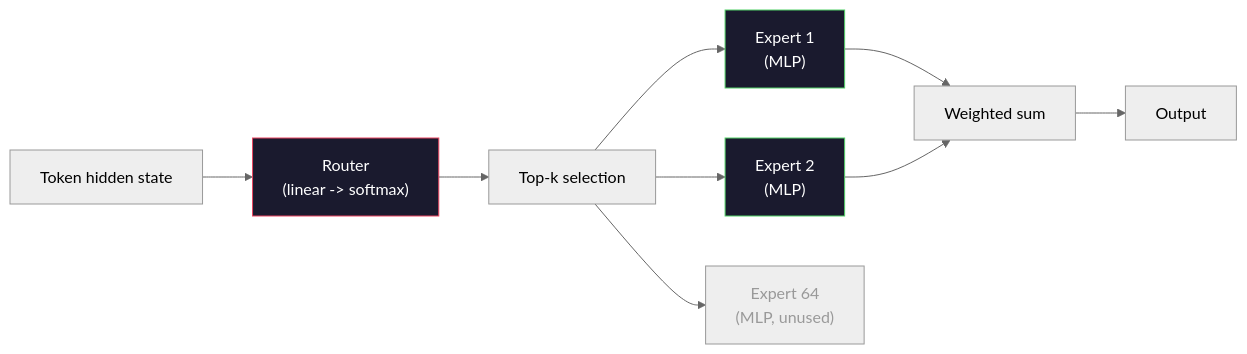
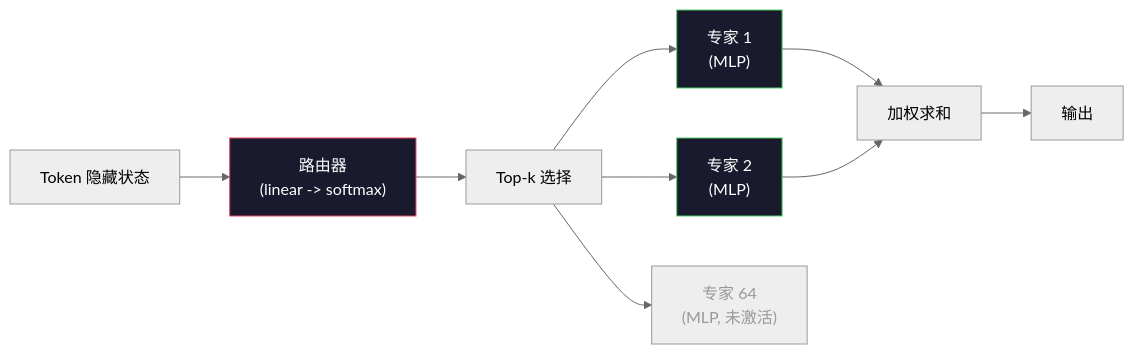
The diagram in phases/10-llms-from-scratch/14-open-models-architecture-walkthroughs/docs/zh.md (alessandrodinisio-ai/ai-engineering-learning-framework), drawn with Mermaid (neutral theme) before and after one commit. The commit also changed 120 other files, not shown here.

First line of the commit message:
i18n(mermaid): 337 个 mermaid 图表标签中文化

````diff
--- a/phases/10-llms-from-scratch/14-open-models-architecture-walkthroughs/docs/zh.md
+++ b/phases/10-llms-from-scratch/14-open-models-architecture-walkthroughs/docs/zh.md
@@ -118,16 +118,16 @@
 ```mermaid
 graph LR
-    I["Token hidden state"] --> R["Router\n(linear -> softmax)"]
-    R --> T["Top-k selection"]
-    T --> E1["Expert 1\n(MLP)"]
-    T --> E2["Expert 2\n(MLP)"]
-    T --> EN["Expert 64\n(MLP, unused)"]
-    E1 --> S["Weighted sum"]
+    I["Token 隐藏状态"] --> R["路由器\n(linear -> softmax)"]
+    R --> T["Top-k 选择"]
+    T --> E1["专家 1\n(MLP)"]
+    T --> E2["专家 2\n(MLP)"]
+    T --> EN["专家 64\n(MLP, 未激活)"]
+    E1 --> S["加权求和"]
     E2 --> S
-    S --> O["Output"]
+    S --> O["输出"]
 
     style EN fill:#eeeeee,stroke:#999,color:#999
     style E1 fill:#1a1a2e,stroke:#51cf66,color:#fff
     style E2 fill:#1a1a2e,stroke:#51cf66,color:#fff
     style R fill:#1a1a2e,stroke:#e94560,color:#fff
 ```
````
